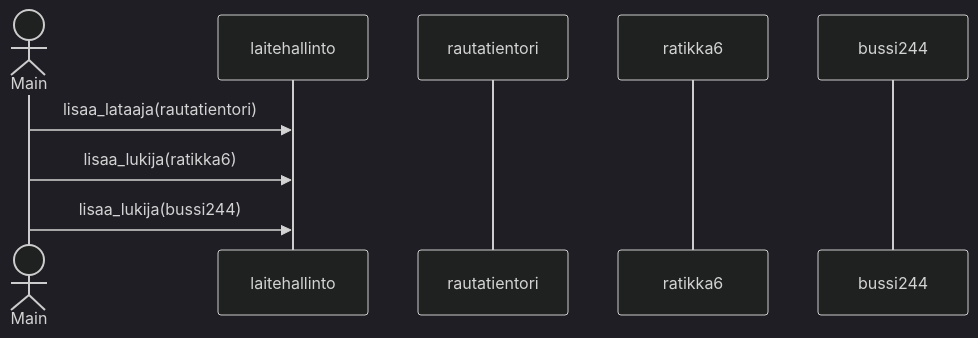
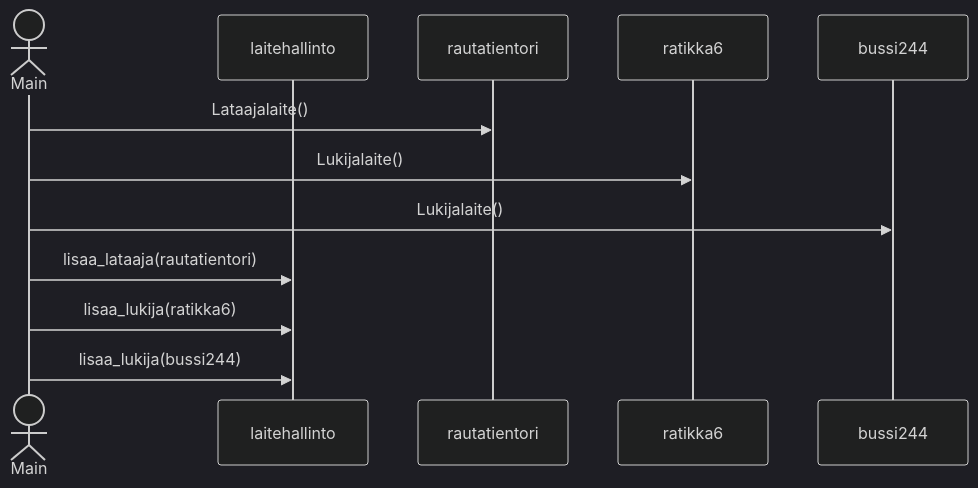
One commit to Germuu/ot-harjoitusty- changed the diagram in laskarit/viikko3/sekvenssikaavio.md. Above: the diagram before and after it, drawn with Mermaid (dark theme).

````diff
--- a/laskarit/viikko3/sekvenssikaavio.md
+++ b/laskarit/viikko3/sekvenssikaavio.md
@@ -1,15 +1,19 @@
 ```mermaid
 sequenceDiagram
   actor Main
   participant laitehallinto
   participant rautatientori
   participant ratikka6
   participant bussi244
+  
+  Main ->> rautatientori : Lataajalaite()
+  Main ->> ratikka6: Lukijalaite()
+  Main ->> bussi244: Lukijalaite()
 
   Main ->> laitehallinto : lisaa_lataaja(rautatientori)
   Main ->> laitehallinto : lisaa_lukija(ratikka6)
   Main ->> laitehallinto : lisaa_lukija(bussi244)
   
 
  
 ```
````
